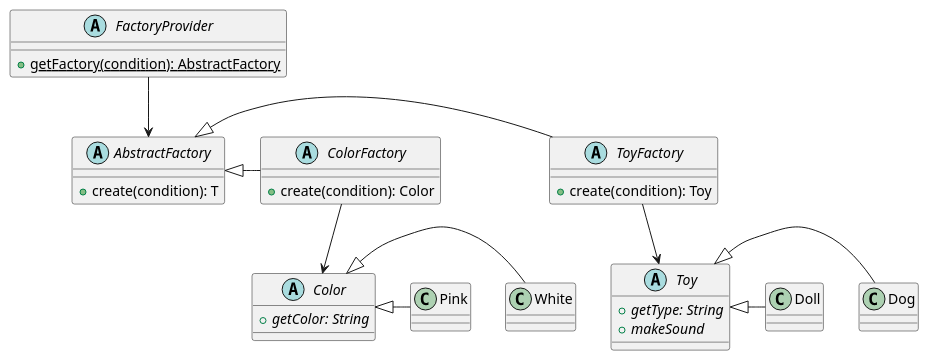
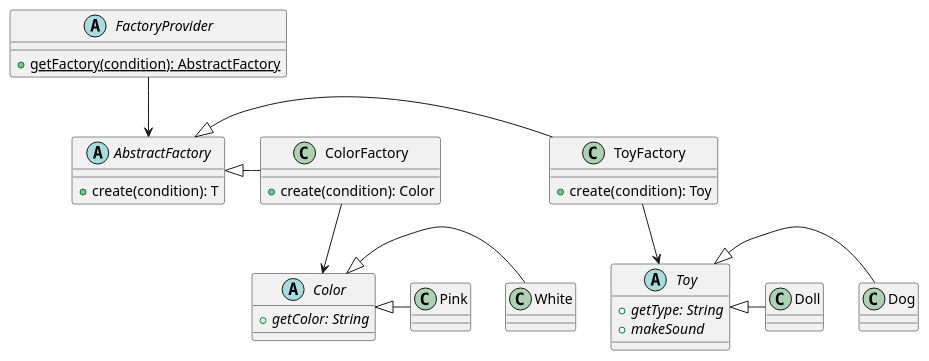
The diagram in cp-samples/src/cp/samples/factories/abstract_factory/_abstract-factory-diagram.iuml (paguerre3/creational-patterns), drawn with PlantUML before and after one commit. The commit also changed 1 other file, not shown here.

```diff
--- a/cp-samples/src/cp/samples/factories/abstract_factory/_abstract-factory-diagram.iuml
+++ b/cp-samples/src/cp/samples/factories/abstract_factory/_abstract-factory-diagram.iuml
@@ -1,46 +1,46 @@
 @startuml
 abstract class FactoryProvider {
  +{static} getFactory(condition): AbstractFactory
 }
 
 abstract class AbstractFactory {
  +create(condition): T
 }
 
 FactoryProvider --> AbstractFactory
 AbstractFactory <|– ToyFactory
 AbstractFactory <|– ColorFactory
 
-abstract class ToyFactory {
+class ToyFactory {
  +create(condition): Toy
 }
 
 abstract class Toy
 {
  +{abstract} getType: String
  +{abstract} makeSound
 }
 
 class Dog
 class Doll
 
 ToyFactory --> Toy
 Toy <|– Dog
 Toy <|– Doll
 
-abstract class ColorFactory {
+class ColorFactory {
  +create(condition): Color
 }
 
 abstract class Color
 {
  +{abstract} getColor: String
 }
 
 class Pink
 class White
 
 ColorFactory --> Color
 Color <|– Pink
 Color <|– White
 @enduml
```
